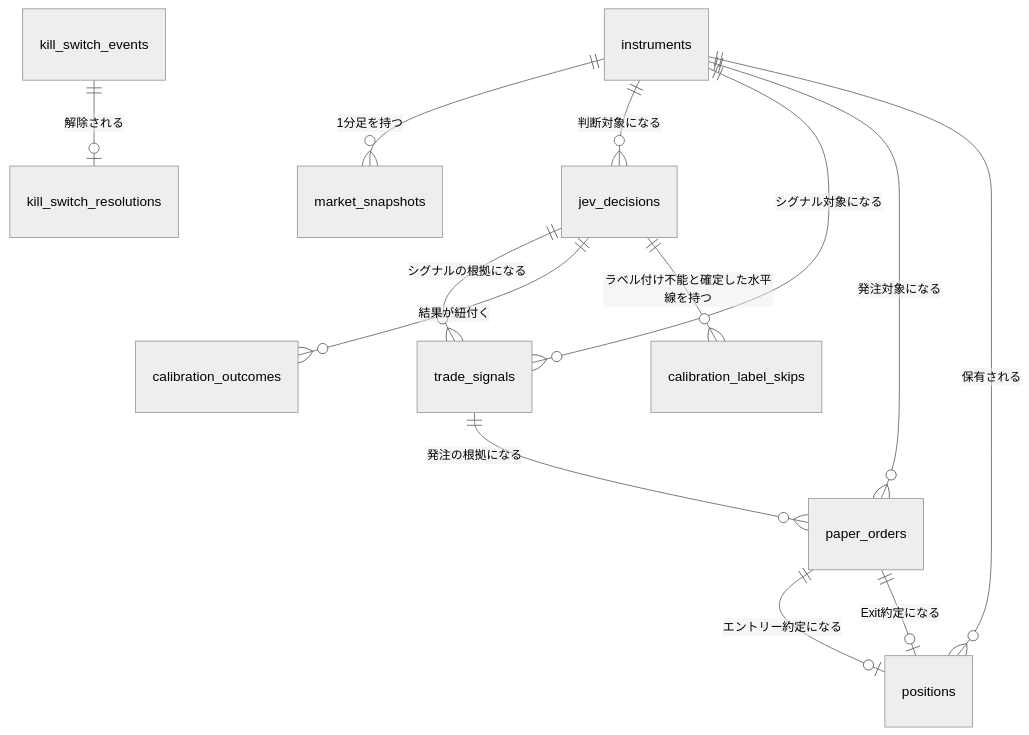
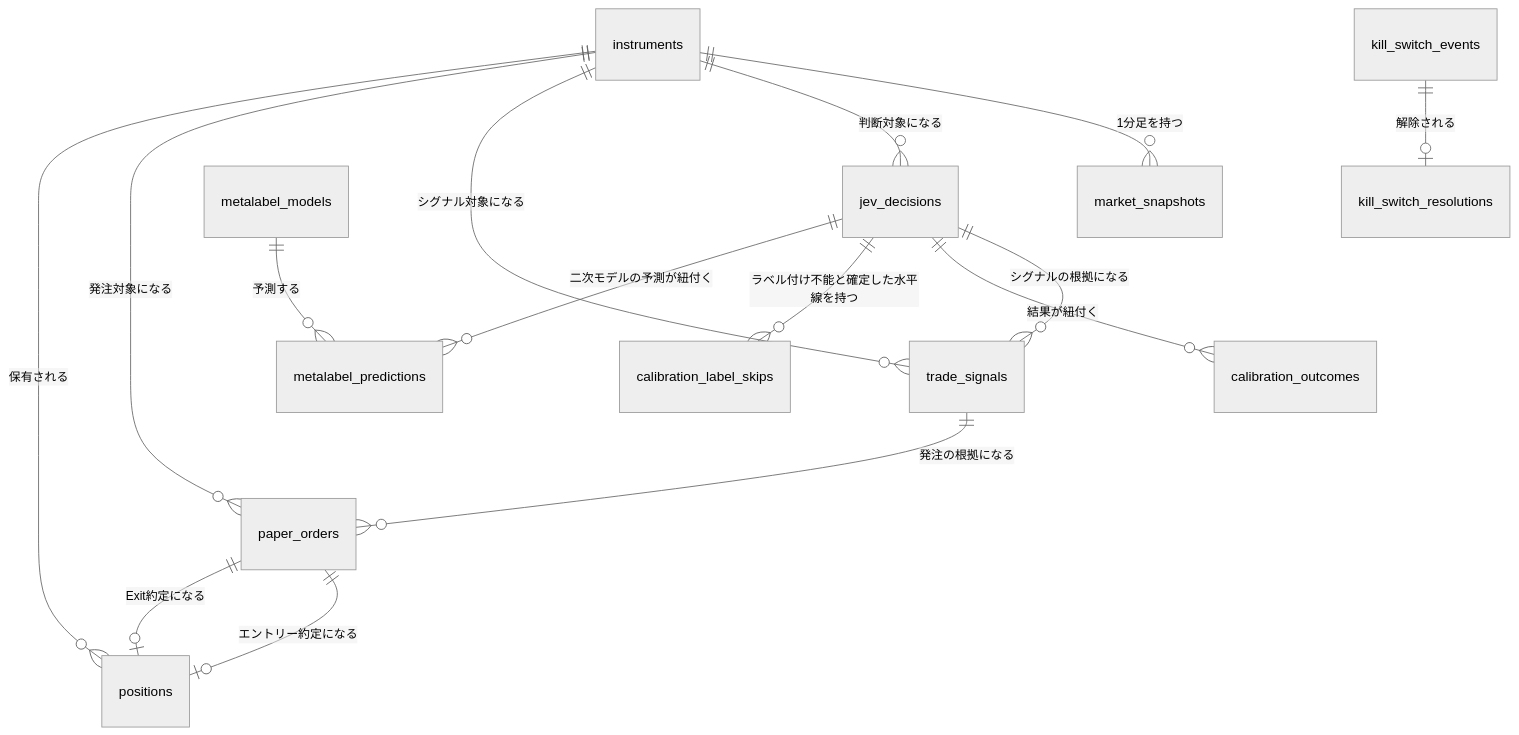
The diagram in docs/architecture/er.md (ousiassllc/pitha-trador), drawn with Mermaid (neutral theme) before and after one commit. The commit also changed other lines of this file and 14 other files, not shown here.

````diff
--- a/docs/architecture/er.md
+++ b/docs/architecture/er.md
@@ -21,15 +21,17 @@
 ```mermaid
 erDiagram
     instruments ||--o{ market_snapshots : "1分足を持つ"
     instruments ||--o{ jev_decisions : "判断対象になる"
     instruments ||--o{ trade_signals : "シグナル対象になる"
     instruments ||--o{ paper_orders : "発注対象になる"
     instruments ||--o{ positions : "保有される"
     jev_decisions ||--o{ trade_signals : "シグナルの根拠になる"
     jev_decisions ||--o{ calibration_outcomes : "結果が紐付く"
     jev_decisions ||--o{ calibration_label_skips : "ラベル付け不能と確定した水平線を持つ"
+    jev_decisions ||--o{ metalabel_predictions : "二次モデルの予測が紐付く"
+    metalabel_models ||--o{ metalabel_predictions : "予測する"
     trade_signals ||--o{ paper_orders : "発注の根拠になる"
     paper_orders ||--o| positions : "エントリー約定になる"
     paper_orders ||--o| positions : "Exit約定になる"
     kill_switch_events ||--o| kill_switch_resolutions : "解除される"
 ```
````
